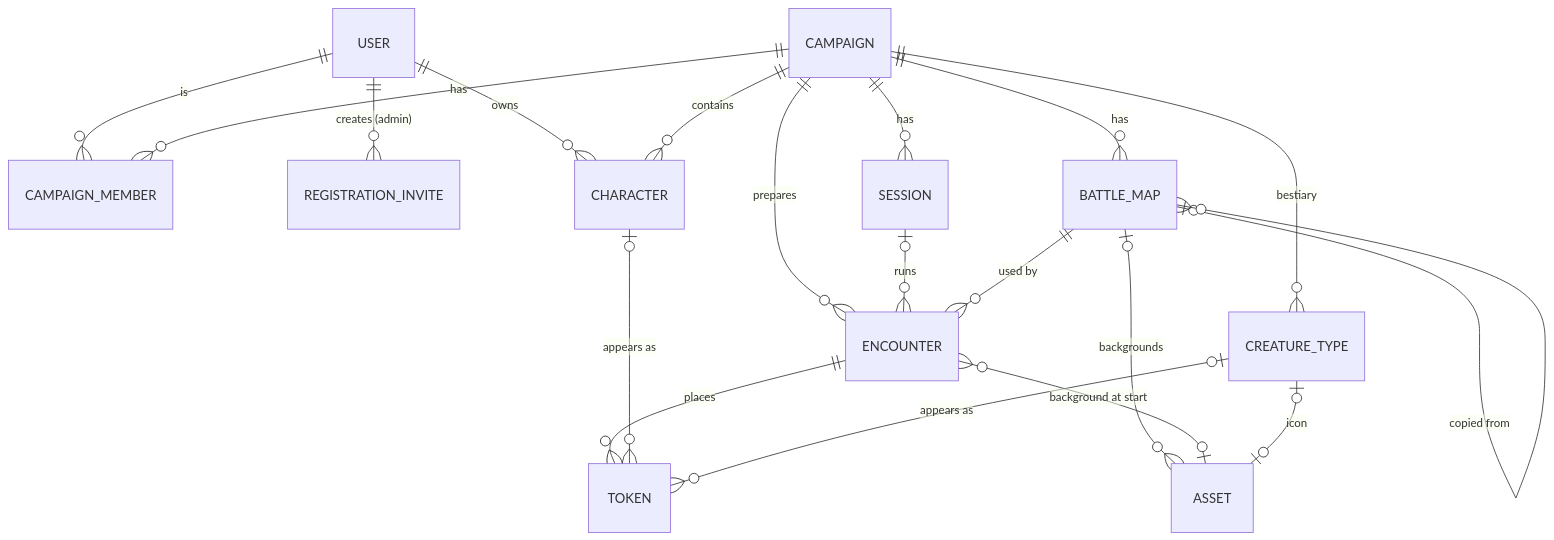
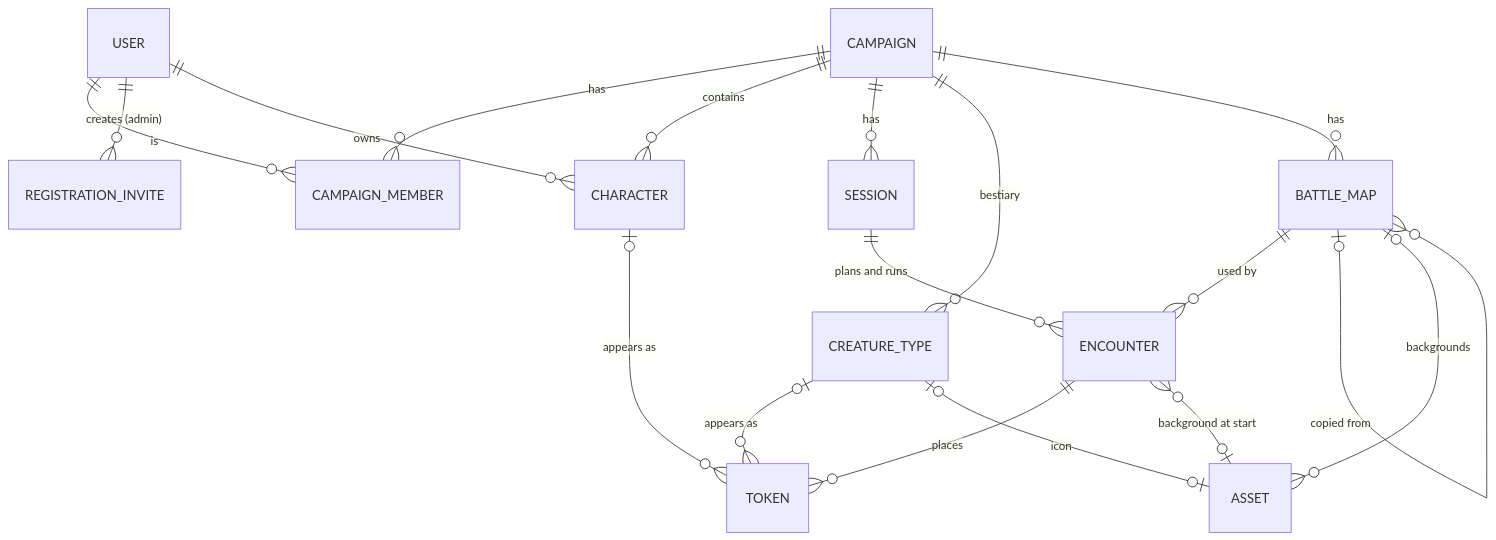
One commit to otressler/oreanas-office changed the diagram in knowledge/domain/data-model.md. Above: the diagram before and after it, drawn with Mermaid. The commit also changed other lines of this file and 44 other files, not shown here.

````diff
--- a/knowledge/domain/data-model.md
+++ b/knowledge/domain/data-model.md
@@ -16,21 +16,20 @@
 ```mermaid
 erDiagram
     USER ||--o{ CAMPAIGN_MEMBER : "is"
     USER ||--o{ REGISTRATION_INVITE : "creates (admin)"
     CAMPAIGN ||--o{ CAMPAIGN_MEMBER : "has"
     USER ||--o{ CHARACTER : "owns"
     CAMPAIGN ||--o{ CHARACTER : "contains"
     CAMPAIGN ||--o{ SESSION : "has"
     CAMPAIGN ||--o{ CREATURE_TYPE : "bestiary"
     CAMPAIGN ||--o{ BATTLE_MAP : "has"
-    CAMPAIGN ||--o{ ENCOUNTER : "prepares"
-    SESSION |o--o{ ENCOUNTER : "runs"
+    SESSION ||--o{ ENCOUNTER : "plans and runs"
     BATTLE_MAP ||--o{ ENCOUNTER : "used by"
     BATTLE_MAP |o--o{ BATTLE_MAP : "copied from"
     ENCOUNTER ||--o{ TOKEN : "places"
     CHARACTER |o--o{ TOKEN : "appears as"
     CREATURE_TYPE |o--o{ TOKEN : "appears as"
     BATTLE_MAP |o--o{ ASSET : "backgrounds"
     ENCOUNTER }o--o| ASSET : "background at start"
     CREATURE_TYPE |o--o| ASSET : "icon"
 ```
````
